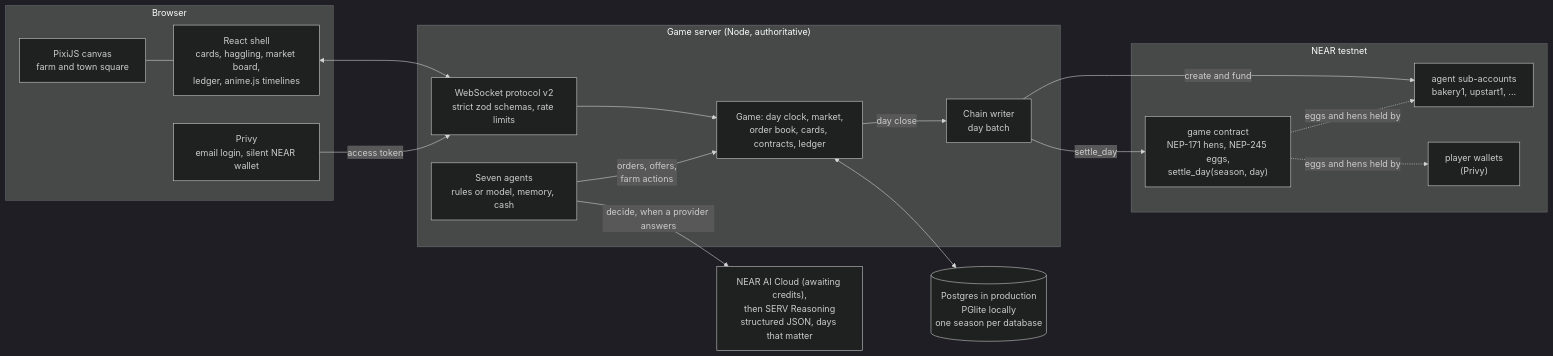
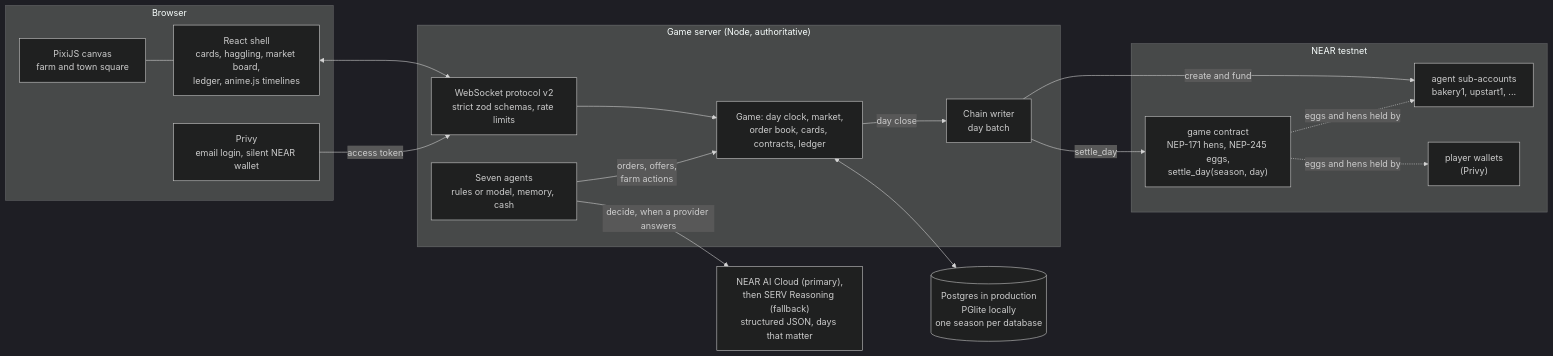
The sixth of 7 diagrams in README.md (iam25th1/chickens-of-yolk-street), drawn with Mermaid (dark theme) before and after one commit. The commit also changed other lines of this file and 4 other files, not shown here.

````diff
--- a/README.md
+++ b/README.md
@@ -1324,33 +1324,33 @@
 ```mermaid
 flowchart LR
   subgraph Browser
     UI["React shell<br/>cards, haggling, market board,<br/>ledger, anime.js timelines"]
     PX["PixiJS canvas<br/>farm and town square"]
     PV["Privy<br/>email login, silent NEAR wallet"]
   end
   subgraph Server["Game server (Node, authoritative)"]
     WS["WebSocket protocol v2<br/>strict zod schemas, rate limits"]
     GM["Game: day clock, market,<br/>order book, cards, contracts, ledger"]
     AG["Seven agents<br/>rules or model, memory, cash"]
     CW["Chain writer<br/>day batch"]
   end
   DB[("Postgres in production<br/>PGlite locally<br/>one season per database")]
-  AI["NEAR AI Cloud (awaiting credits),<br/>then SERV Reasoning<br/>structured JSON, days that matter"]
+  AI["NEAR AI Cloud (primary),<br/>then SERV Reasoning (fallback)<br/>structured JSON, days that matter"]
   subgraph Testnet["NEAR testnet"]
     GC["game contract<br/>NEP-171 hens, NEP-245 eggs,<br/>settle_day(season, day)"]
     SA["agent sub-accounts<br/>bakery1, upstart1, ..."]
     PW["player wallets<br/>(Privy)"]
   end
   UI <--> WS
   PX --- UI
   PV -- "access token" --> WS
   WS --> GM
   GM <--> DB
   AG -- "orders, offers,<br/>farm actions" --> GM
   AG -- "decide, when a provider answers" --> AI
   GM -- "day close" --> CW
   CW -- "settle_day" --> GC
   CW -- "create and fund" --> SA
   GC -. "eggs and hens held by" .-> SA
   GC -. "eggs and hens held by" .-> PW
 ```
````
